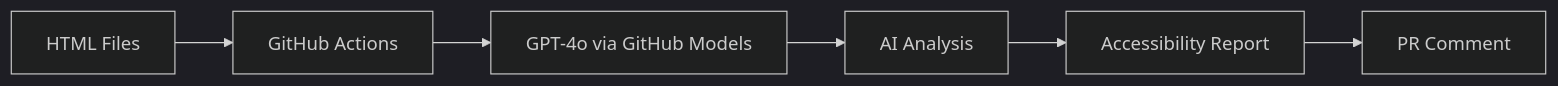
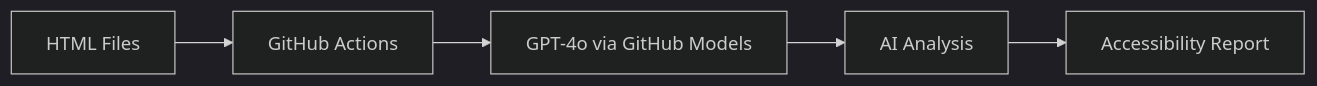
The diagram in README.md (roryp/accessibilitydemo), drawn with Mermaid (dark theme) before and after one commit. The commit also changed 2 other files, not shown here.

Commit message:
Remove PR comment phase from accessibility analysis workflow and update sequence diagram

````diff
--- a/README.md
+++ b/README.md
@@ -374,8 +374,7 @@
 ```mermaid
 graph LR
     A[HTML Files] --> B[GitHub Actions]
     B --> C[GPT-4o via GitHub Models]
     C --> D[AI Analysis]
     D --> E[Accessibility Report]
-    E --> F[PR Comment]
 ```
````
